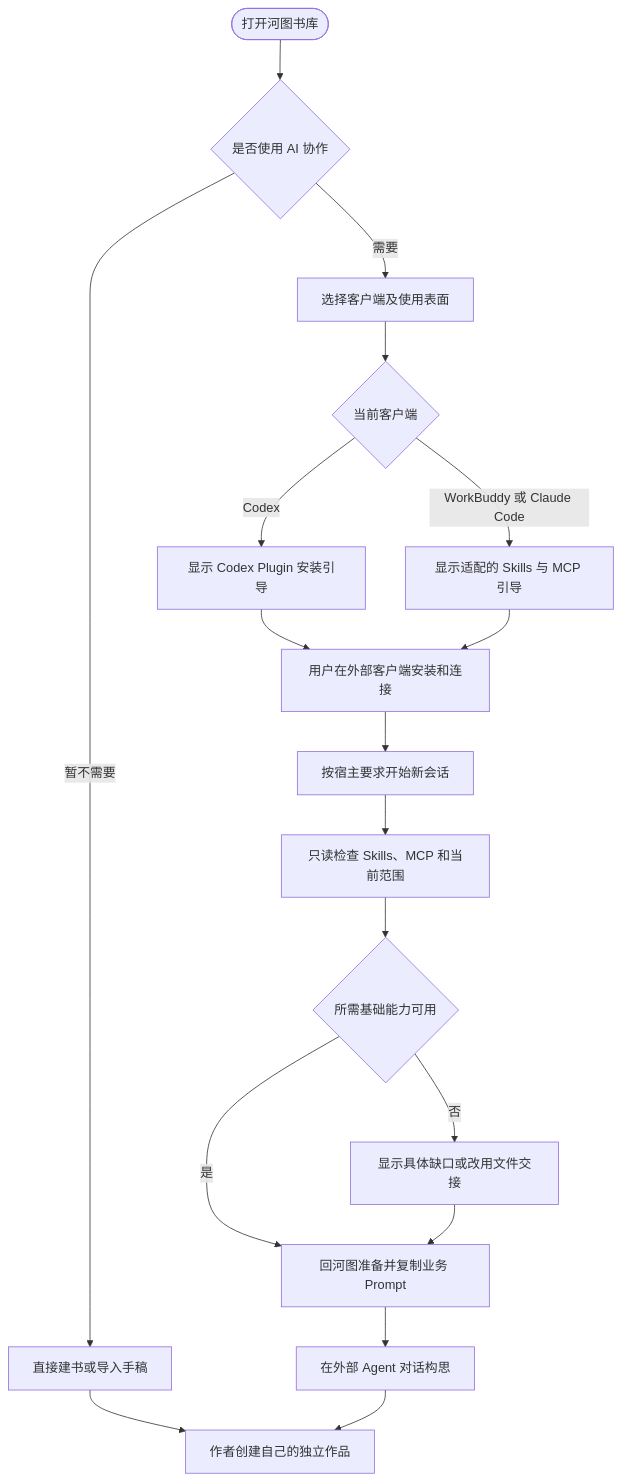
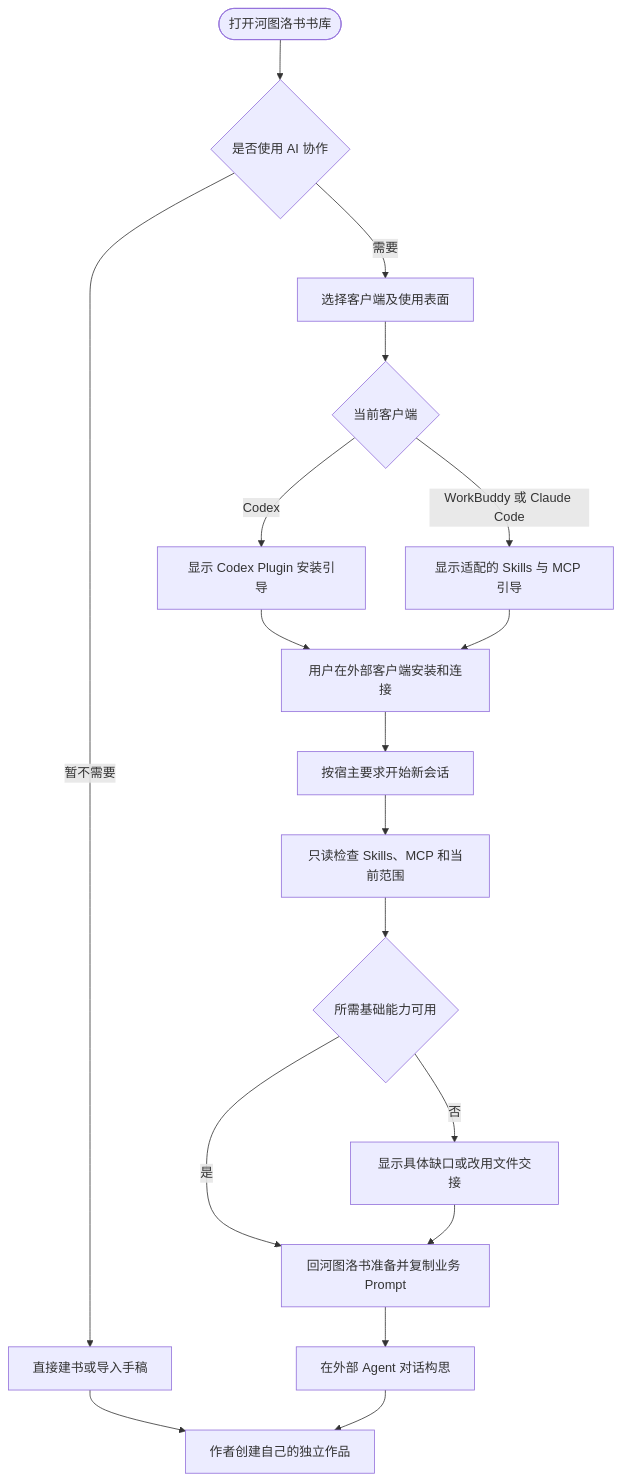
Before and after one commit to limecloud/hetu: the third of 35 diagrams in docs/23-业务流程与MCP时序.md, drawn with Mermaid. The commit also changed other lines of this file and 156 other files, not shown here.

````diff
--- a/docs/23-业务流程与MCP时序.md
+++ b/docs/23-业务流程与MCP时序.md
@@ -72,20 +73,20 @@
 ```mermaid
 flowchart TD
-    start(["打开河图书库"]) --> mode{"是否使用 AI 协作"}
+    start(["打开河图洛书书库"]) --> mode{"是否使用 AI 协作"}
     mode -->|"暂不需要"| manual["直接建书或导入手稿"]
     mode -->|"需要"| choose["选择客户端及使用表面"]
     choose --> type{"当前客户端"}
     type -->|"Codex"| plugin["显示 Codex Plugin 安装引导"]
     type -->|"WorkBuddy 或 Claude Code"| skills["显示适配的 Skills 与 MCP 引导"]
     plugin --> install["用户在外部客户端安装和连接"]
     skills --> install
     install --> newSession["按宿主要求开始新会话"]
     newSession --> check["只读检查 Skills、MCP 和当前范围"]
     check --> usable{"所需基础能力可用"}
-    usable -->|"是"| task["回河图准备并复制业务 Prompt"]
+    usable -->|"是"| task["回河图洛书准备并复制业务 Prompt"]
     usable -->|"否"| resolve["显示具体缺口或改用文件交接"]
     resolve --> task
     manual --> book["作者创建自己的独立作品"]
     task --> concept["在外部 Agent 对话构思"]
     concept --> book
 ```
````
